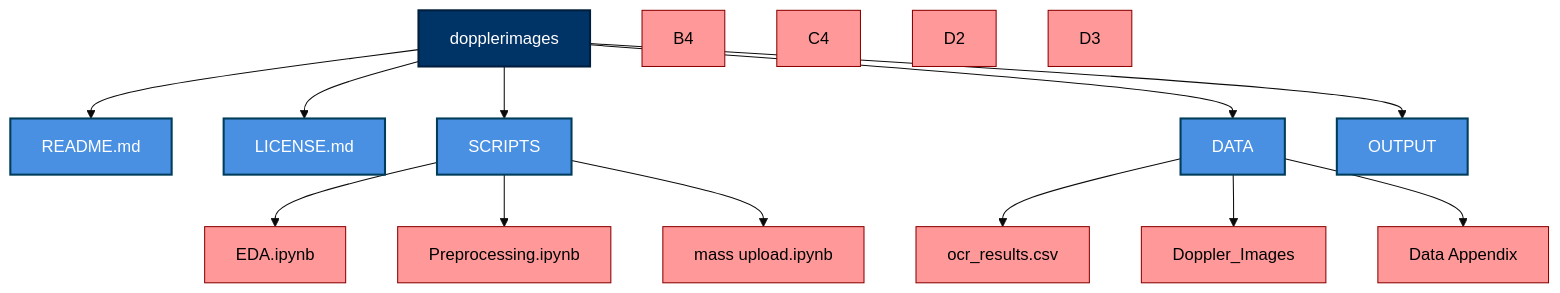
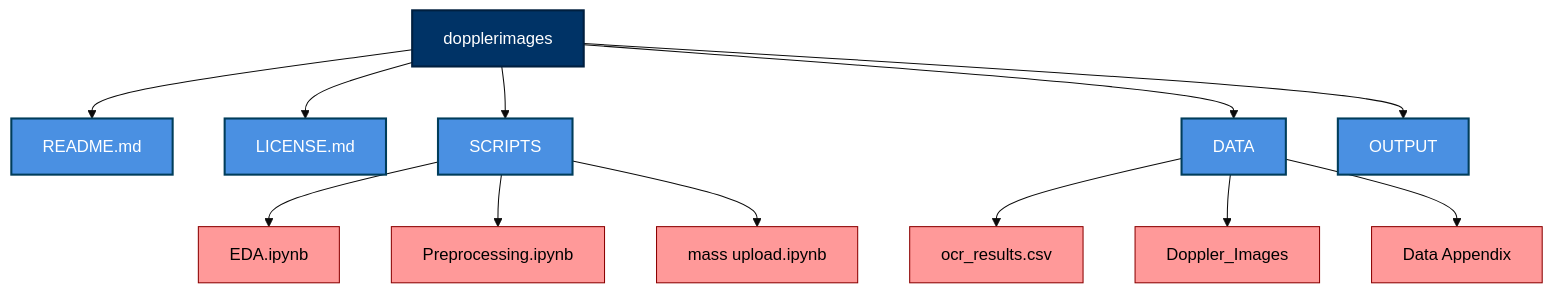
One commit to l-e13/dopplerimages changed the diagram in README.md. Above: the diagram before and after it, drawn with Mermaid (base theme).

````diff
--- a/README.md
+++ b/README.md
@@ -27,51 +27,48 @@
 ```mermaid
 graph TB
   A[dopplerimages]
   A1[README.md]
   A2[LICENSE.md]
   B[SCRIPTS]
   B1[EDA.ipynb]
   B2[Preprocessing.ipynb]
   B3[mass upload.ipynb]
   C[DATA]
   C1[ocr_results.csv]
   C2[Doppler_Images]
   C3[Data Appendix]
   D[OUTPUT]
 
 
   A --> A1
   A --> A2
   A --> B
   B --> B1
   B --> B2
   B --> B3
   A --> C
   C --> C1
   C --> C2
   C --> C3
   A --> D
 
 
   %% Styling for main project folder (Dark Blue)
   style A fill:#003366,stroke:#001f3f,stroke-width:2px,color:white;
 
   %% Styling for main categories (Light Blue)
   style A1 fill:#4a90e2,stroke:#003d5b,stroke-width:2px,color:white;
   style A2 fill:#4a90e2,stroke:#003d5b,stroke-width:2px,color:white;
   style B fill:#4a90e2,stroke:#003d5b,stroke-width:2px,color:white;
   style C fill:#4a90e2,stroke:#003d5b,stroke-width:2px,color:white;
   style D fill:#4a90e2,stroke:#003d5b,stroke-width:2px,color:white;
 
   %% Styling for subsets (Light Red)
   style B1 fill:#ff9999,stroke:#8b0000,stroke-width:1px,color:black;
   style B2 fill:#ff9999,stroke:#8b0000,stroke-width:1px,color:black;
   style B3 fill:#ff9999,stroke:#8b0000,stroke-width:1px,color:black;
-  style B4 fill:#ff9999,stroke:#8b0000,stroke-width:1px,color:black;
   style C1 fill:#ff9999,stroke:#8b0000,stroke-width:1px,color:black;
   style C2 fill:#ff9999,stroke:#8b0000,stroke-width:1px,color:black;
   style C3 fill:#ff9999,stroke:#8b0000,stroke-width:1px,color:black;
-  style C4 fill:#ff9999,stroke:#8b0000,stroke-width:1px,color:black;
-  style D2 fill:#ff9999,stroke:#8b0000,stroke-width:1px,color:black;
-  style D3 fill:#ff9999,stroke:#8b0000,stroke-width:1px,color:black;
+
 ```
````
